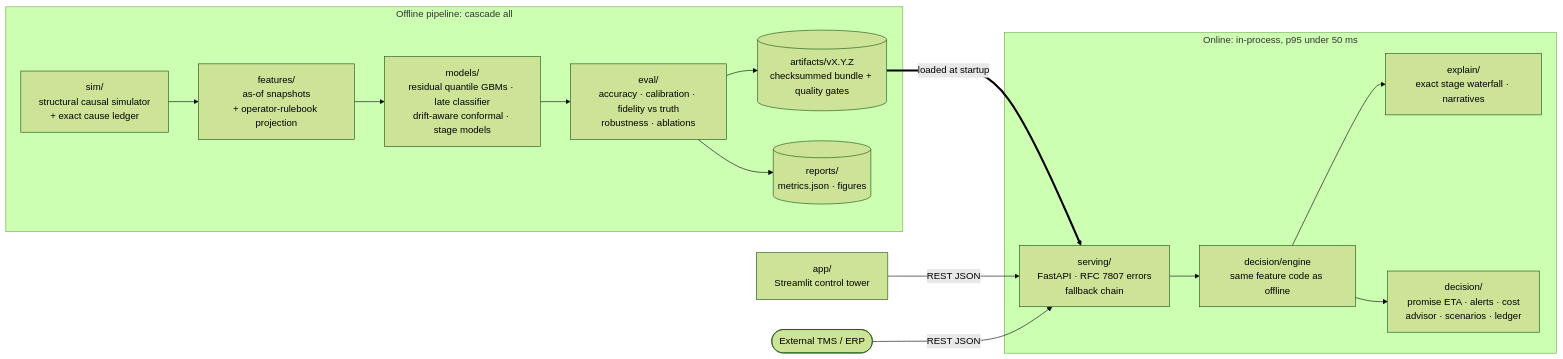
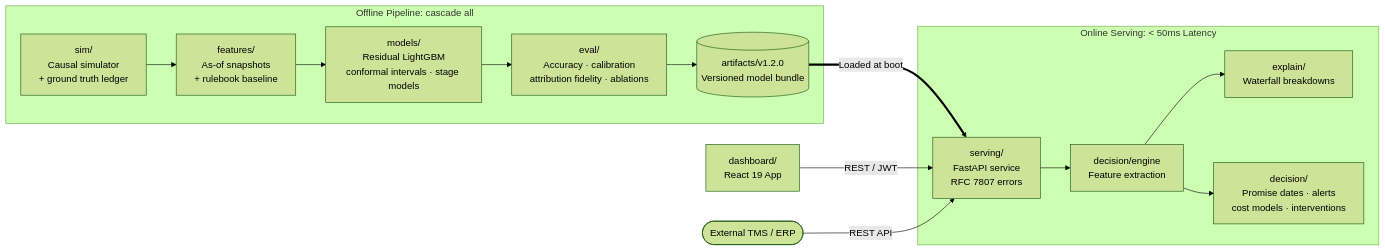
Before and after one commit to Purushotham-Prajapati-24/AIQON: the diagram in README.md, drawn with Mermaid (forest theme). The commit also changed other lines of this file, not shown here.

````diff
--- a/README.md
+++ b/README.md
@@ -94,20 +119,19 @@
 ```mermaid
 flowchart LR
-    subgraph OFFLINE["Offline pipeline: cascade all"]
-        SIM["sim/<br/>structural causal simulator<br/>+ exact cause ledger"] --> SNAP["features/<br/>as-of snapshots<br/>+ operator-rulebook projection"]
-        SNAP --> TRN["models/<br/>residual quantile GBMs · late classifier<br/>drift-aware conformal · stage models"]
-        TRN --> EVAL["eval/<br/>accuracy · calibration · fidelity vs truth<br/>robustness · ablations"]
-        EVAL --> PUB[("artifacts/vX.Y.Z<br/>checksummed bundle + quality gates")]
-        EVAL --> REP[("reports/<br/>metrics.json · figures")]
+    subgraph OFFLINE["Offline Pipeline: cascade all"]
+        SIM["sim/<br/>Causal simulator<br/>+ ground truth ledger"] --> SNAP["features/<br/>As-of snapshots<br/>+ rulebook baseline"]
+        SNAP --> TRN["models/<br/>Residual LightGBM<br/>conformal intervals · stage models"]
+        TRN --> EVAL["eval/<br/>Accuracy · calibration<br/>attribution fidelity · ablations"]
+        EVAL --> PUB[("artifacts/v1.2.0<br/>Versioned model bundle")]
     end
 
-    subgraph ONLINE["Online: in-process, p95 under 50 ms"]
-        API["serving/<br/>FastAPI · RFC 7807 errors<br/>fallback chain"] --> ENG["decision/engine<br/>same feature code as offline"]
-        ENG --> EXP["explain/<br/>exact stage waterfall · narratives"]
-        ENG --> DEC["decision/<br/>promise ETA · alerts · cost<br/>advisor · scenarios · ledger"]
+    subgraph ONLINE["Online Serving: < 50ms Latency"]
+        API["serving/<br/>FastAPI service<br/>RFC 7807 errors"] --> ENG["decision/engine<br/>Feature extraction"]
+        ENG --> EXP["explain/<br/>Waterfall breakdowns"]
+        ENG --> DEC["decision/<br/>Promise dates · alerts<br/>cost models · interventions"]
     end
 
-    PUB ==>|loaded at startup| API
-    UI["app/<br/>Streamlit control tower"] -->|REST JSON| API
-    TMS(["External TMS / ERP"]) -->|REST JSON| API
+    PUB ==>|Loaded at boot| API
+    UI["dashboard/<br/>React 19 App"] -->|REST / JWT| API
+    EXT(["External TMS / ERP"]) -->|REST API| API
 ```
````
